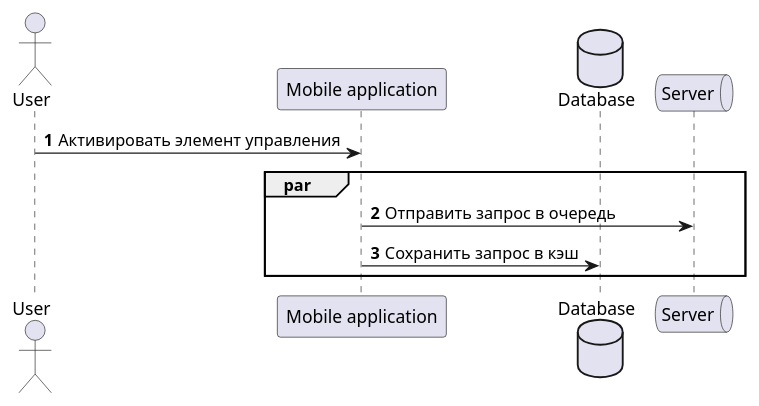
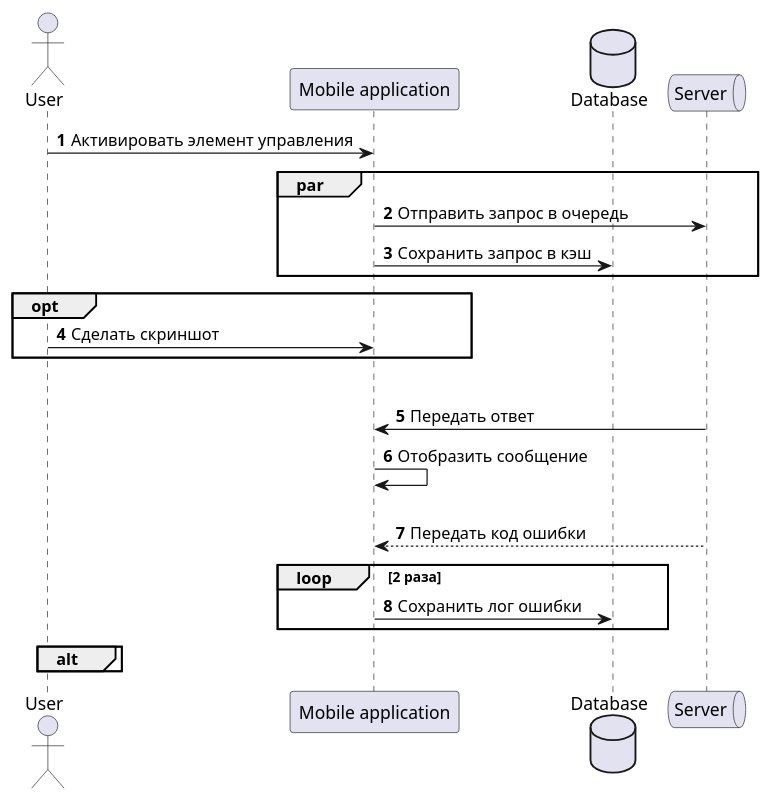
One commit to PopkovAYu/Notes changed the second of 2 diagrams in Notes/Notes/Системная аналитика/Курсы от нетологии/Раздел 3. Анализ требований/9. Диаграммы деятельности и последовательности.md. Above: the diagram before and after it, drawn with PlantUML.

Commit message:
vault backup: 2024-04-23 17:53:40
Affected files:
Notes/Notes/Системная аналитика/Курсы от нетологии/Раздел 3. Анализ требований/9. Диаграммы деятельности и последовательности.md

````diff
--- a/Notes/Notes/Системная аналитика/Курсы от нетологии/Раздел 3. Анализ требований/9. Диаграммы деятельности и последовательности.md
+++ b/Notes/Notes/Системная аналитика/Курсы от нетологии/Раздел 3. Анализ требований/9. Диаграммы деятельности и последовательности.md
@@ -66,17 +66,30 @@
 ```plantuml
 @startuml
 
 actor User as user
 participant "Mobile application" as app
 database Database as db
 queue Server as server
 
 autonumber
 user -> app : Активировать элемент управления
 par
 	app -> server : Отправить запрос в очередь
 	
 	app -> db : Сохранить запрос в кэш
 end
+opt
+	user -> app : Сделать скриншот
+end
+alt Операция успешна
+	app <- server : Передать ответ
+	app -> app : Отобразить сообщение
+else Истек Timeout
+	app <-- server : Передать код ошибки
+	loop 2 раза
+		app -> db : Сохранить лог ошибки
+	end
+alt
+end
 @enduml
 ```
````
